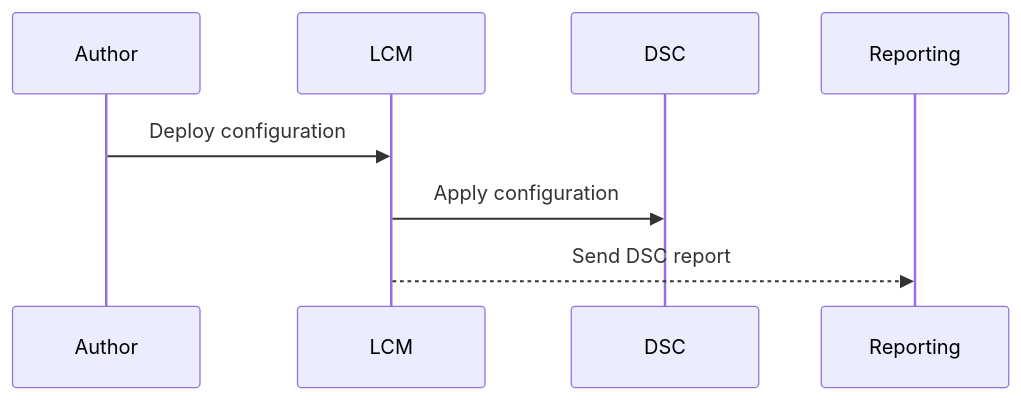
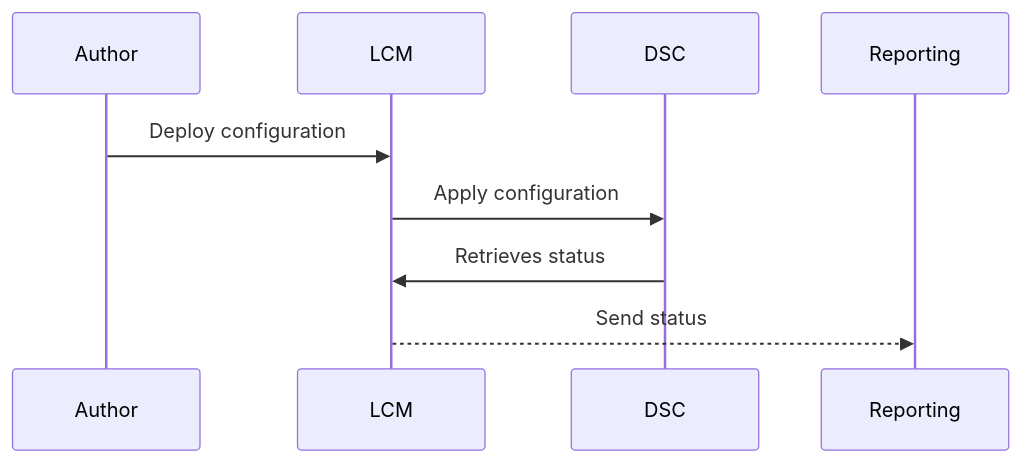
One commit to opendsc/opendsc changed the first of 5 diagrams in README.md. Above: the diagram before and after it, drawn with Mermaid. The commit also changed other lines of this file, not shown here.

````diff
--- a/README.md
+++ b/README.md
@@ -30,6 +30,7 @@
 ```mermaid
 sequenceDiagram
     Author->>LCM: Deploy configuration
     LCM->>DSC: Apply configuration
-    LCM-->>Reporting: Send DSC report
+    DSC->>LCM: Retrieves status
+    LCM-->>Reporting: Send status
 ```
````
